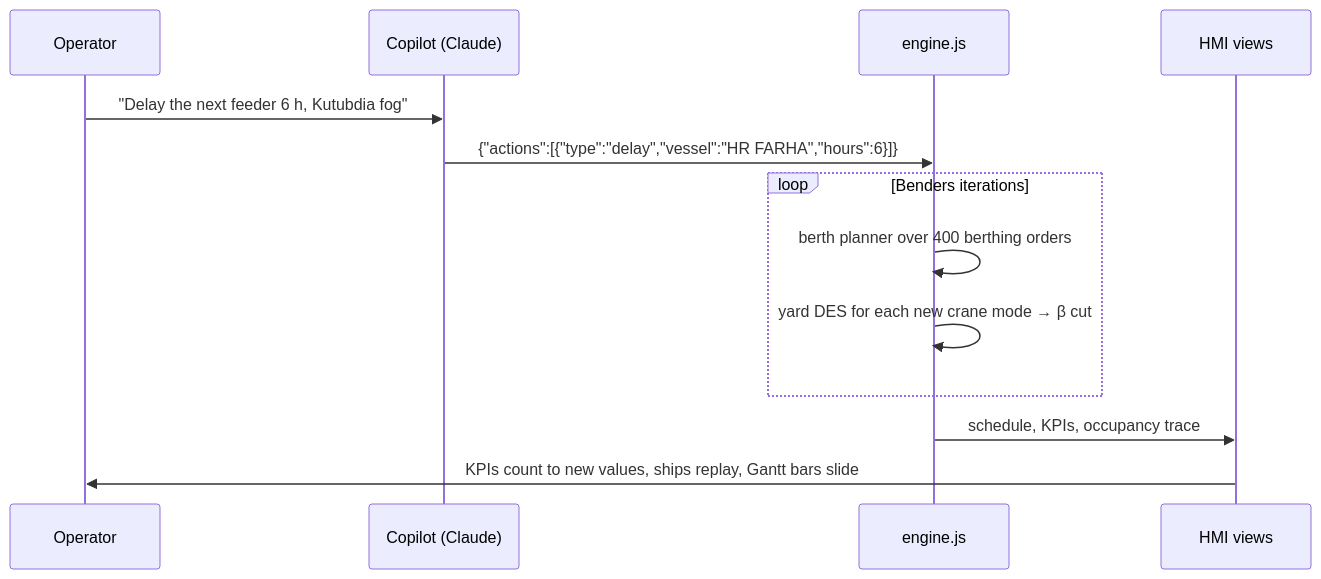
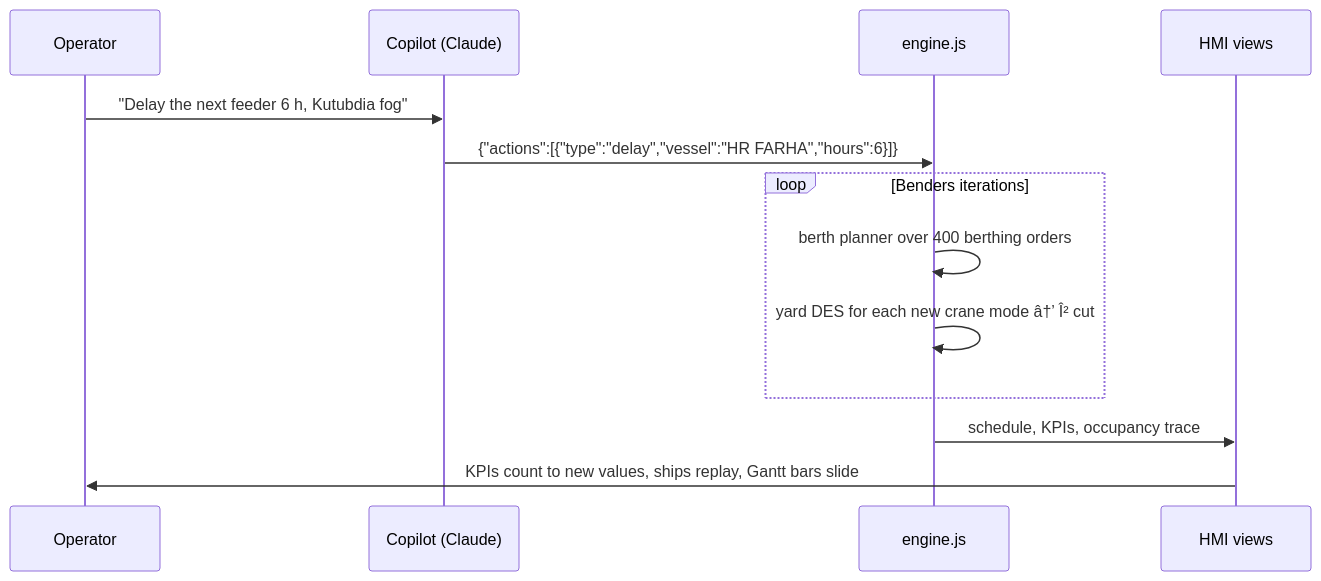
One commit to artahmid03-source/portflow-simopt-mcp changed the second of 3 diagrams in README.md. Above: the diagram before and after it, drawn with Mermaid. The commit also changed other lines of this file, not shown here.

````diff
--- a/README.md
+++ b/README.md
@@ -108,15 +108,15 @@
 ```mermaid
 sequenceDiagram
   participant U as Operator
   participant C as Copilot (Claude)
   participant E as engine.js
   participant V as HMI views
   U->>C: "Delay the next feeder 6 h, Kutubdia fog"
   C->>E: {"actions":[{"type":"delay","vessel":"HR FARHA","hours":6}]}
   loop Benders iterations
     E->>E: berth planner over 400 berthing orders
-    E->>E: yard DES for each new crane mode → β cut
+    E->>E: yard DES for each new crane mode â†’ Î² cut
   end
   E->>V: schedule, KPIs, occupancy trace
   V->>U: KPIs count to new values, ships replay, Gantt bars slide
 ```
````
